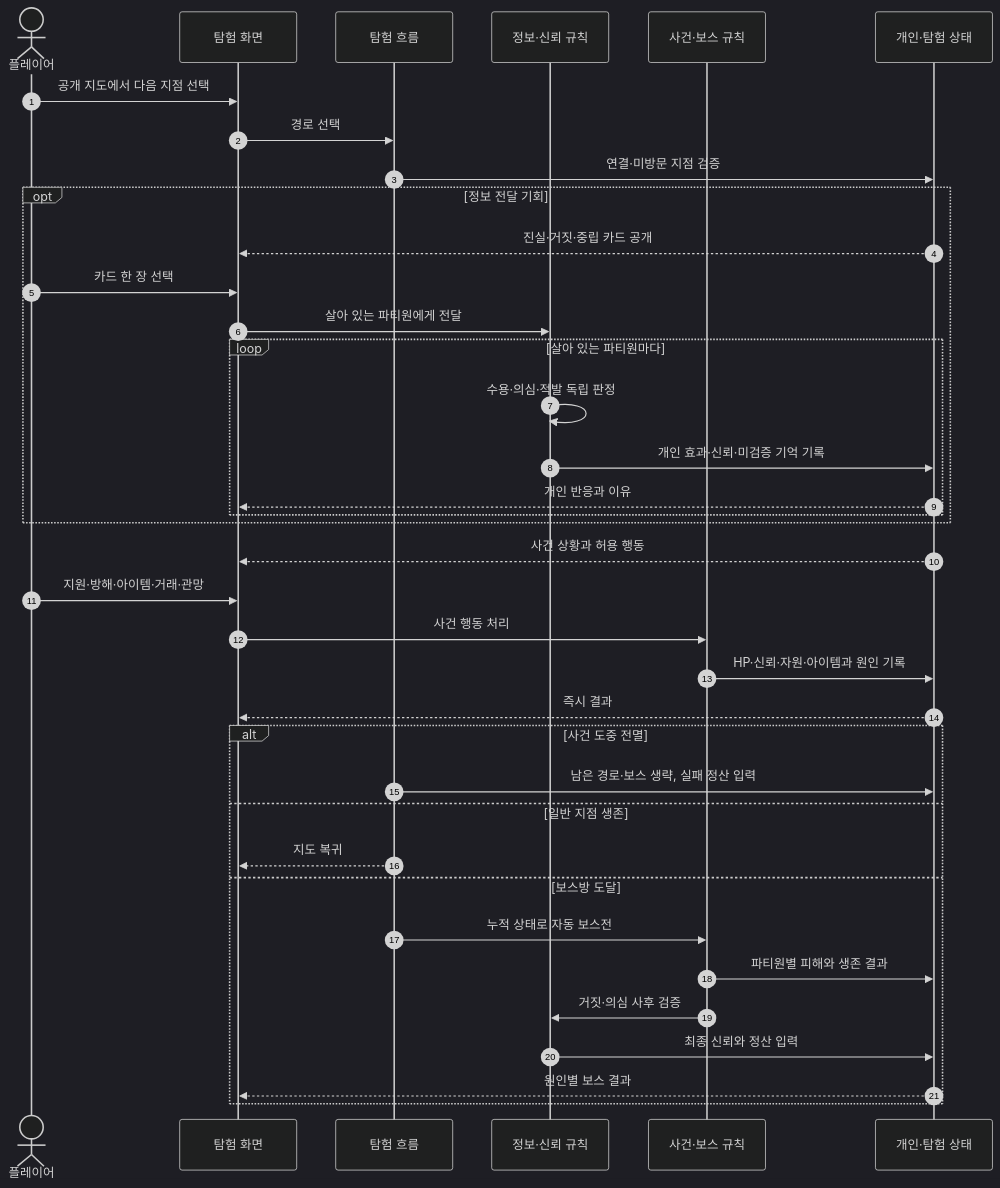
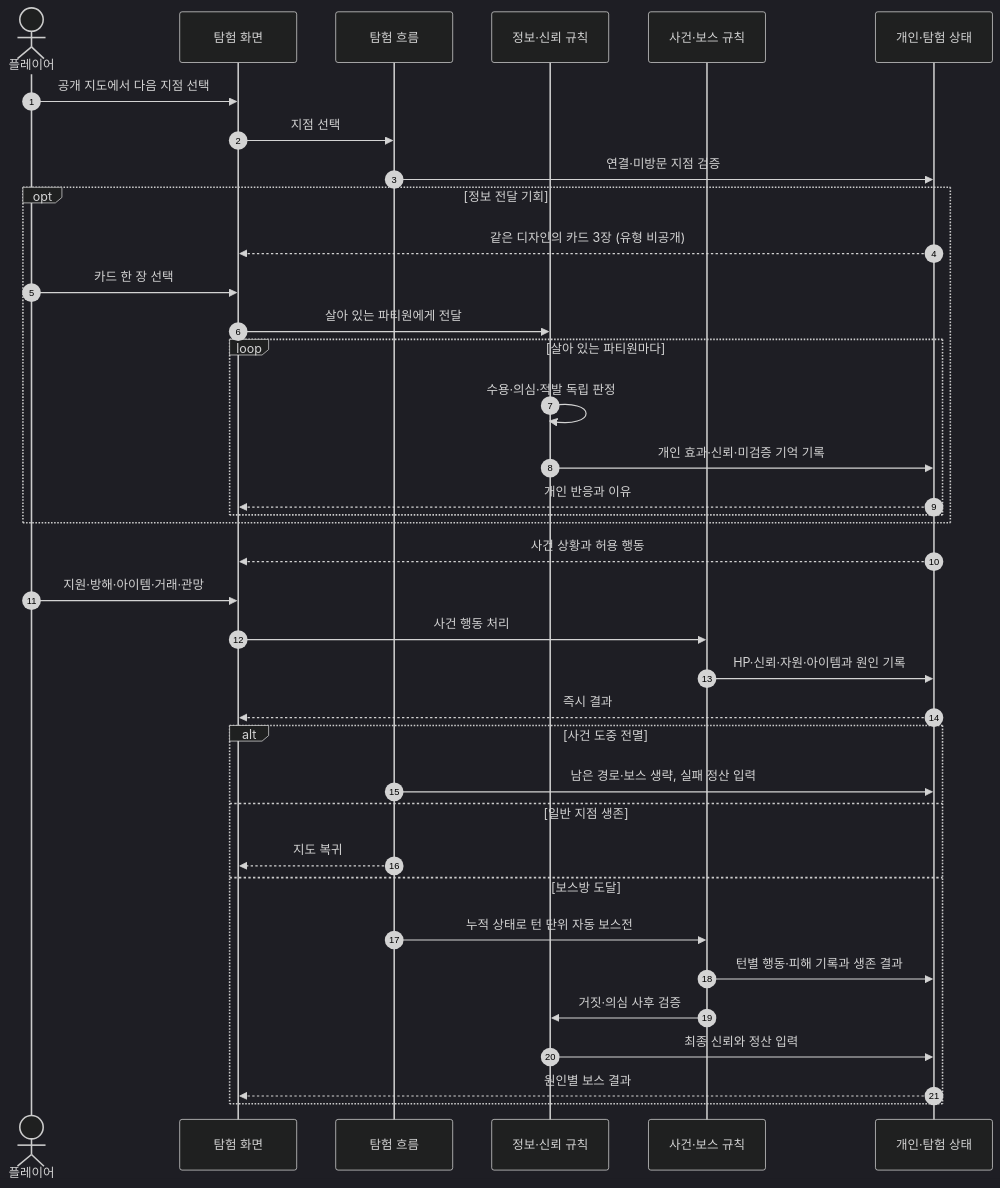
One commit to LatteBun/Dungeon_Schemer changed the diagram in docs/diagram/expedition-sequence.md. Above: the diagram before and after it, drawn with Mermaid (dark theme). The commit also changed other lines of this file and 10 other files, not shown here.

First line of the commit message:
문서: 색인·회의록·다이어그램 md를 새 문서 집합에 맞춘다

````diff
--- a/docs/diagram/expedition-sequence.md
+++ b/docs/diagram/expedition-sequence.md
@@ -10,39 +14,39 @@
 ```mermaid
 sequenceDiagram
     autonumber
     actor Player as 플레이어
     participant UI as 탐험 화면
     participant Flow as 탐험 흐름
     participant Info as 정보·신뢰 규칙
     participant Event as 사건·보스 규칙
     participant State as 개인·탐험 상태
     Player->>UI: 공개 지도에서 다음 지점 선택
-    UI->>Flow: 경로 선택
+    UI->>Flow: 지점 선택
     Flow->>State: 연결·미방문 지점 검증
     opt 정보 전달 기회
-        State-->>UI: 진실·거짓·중립 카드 공개
+        State-->>UI: 같은 디자인의 카드 3장 (유형 비공개)
         Player->>UI: 카드 한 장 선택
         UI->>Info: 살아 있는 파티원에게 전달
         loop 살아 있는 파티원마다
             Info->>Info: 수용·의심·적발 독립 판정
             Info->>State: 개인 효과·신뢰·미검증 기억 기록
             State-->>UI: 개인 반응과 이유
         end
     end
     State-->>UI: 사건 상황과 허용 행동
     Player->>UI: 지원·방해·아이템·거래·관망
     UI->>Event: 사건 행동 처리
     Event->>State: HP·신뢰·자원·아이템과 원인 기록
     State-->>UI: 즉시 결과
     alt 사건 도중 전멸
         Flow->>State: 남은 경로·보스 생략, 실패 정산 입력
     else 일반 지점 생존
         Flow-->>UI: 지도 복귀
     else 보스방 도달
-        Flow->>Event: 누적 상태로 자동 보스전
-        Event->>State: 파티원별 피해와 생존 결과
+        Flow->>Event: 누적 상태로 턴 단위 자동 보스전
+        Event->>State: 턴별 행동·피해 기록과 생존 결과
         Event->>Info: 거짓·의심 사후 검증
         Info->>State: 최종 신뢰와 정산 입력
         State-->>UI: 원인별 보스 결과
     end
 ```
````
